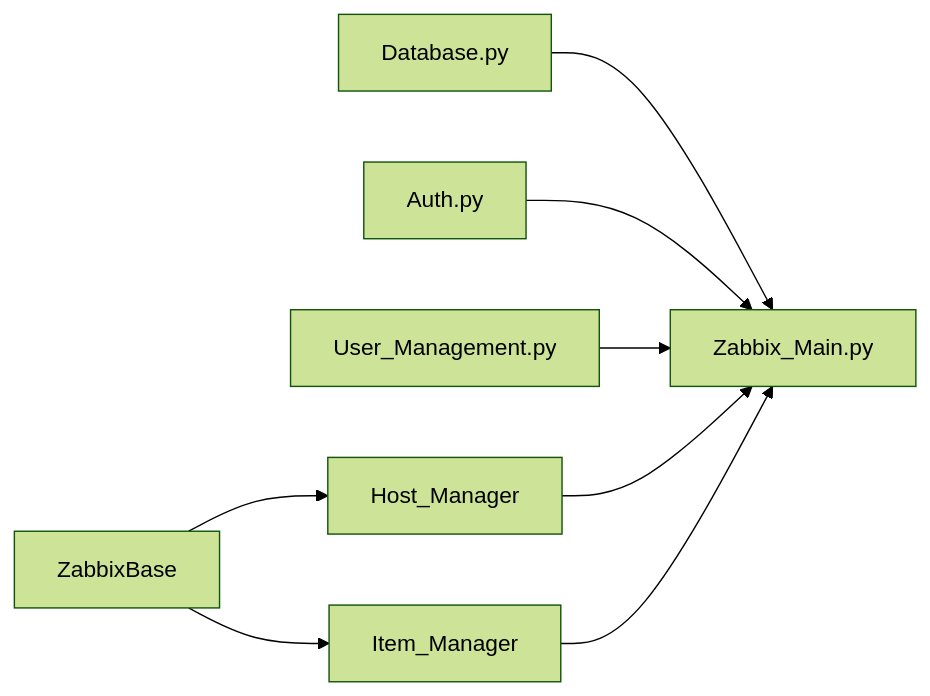
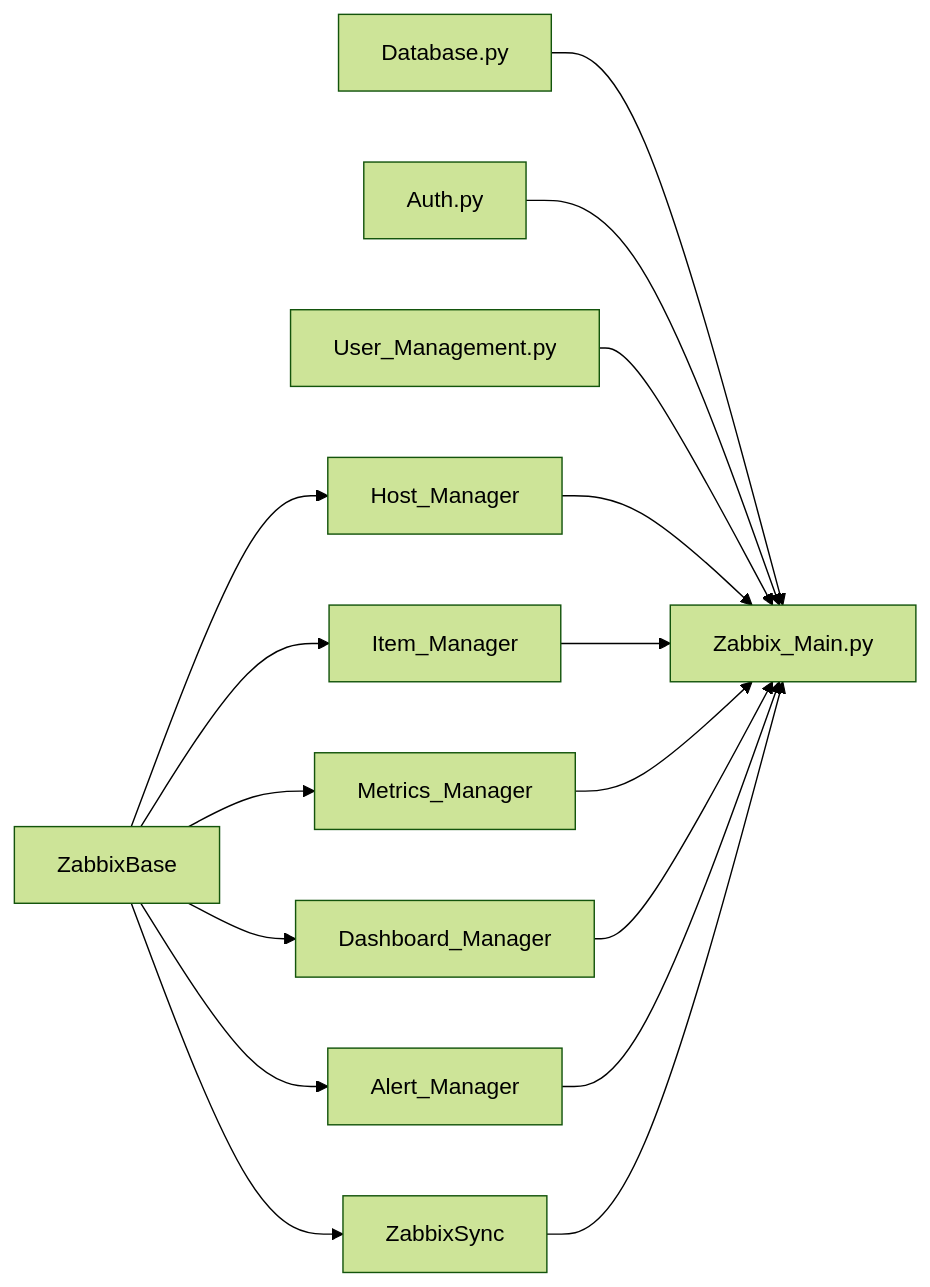
One commit to OpenClawXX/Zabbix_Portal changed the diagram in CLAUDE.md. Above: the diagram before and after it, drawn with Mermaid (forest theme). The commit also changed other lines of this file and 47 other files, not shown here.

Commit message:
added more functionality: graphs, notification,metrics, ect

````diff
--- a/CLAUDE.md
+++ b/CLAUDE.md
@@ -126,10 +117,18 @@
 ```mermaid
 flowchart LR
     ZabbixBase --> Host_Manager
     ZabbixBase --> Item_Manager
+    ZabbixBase --> Metrics_Manager
+    ZabbixBase --> Dashboard_Manager
+    ZabbixBase --> Alert_Manager
+    ZabbixBase --> ZabbixSync
     Database.py --> main["Zabbix_Main.py"]
     Auth.py --> main
     User_Management.py --> main
     Host_Manager --> main
     Item_Manager --> main
+    Metrics_Manager --> main
+    Dashboard_Manager --> main
+    Alert_Manager --> main
+    ZabbixSync --> main
 ```
````
